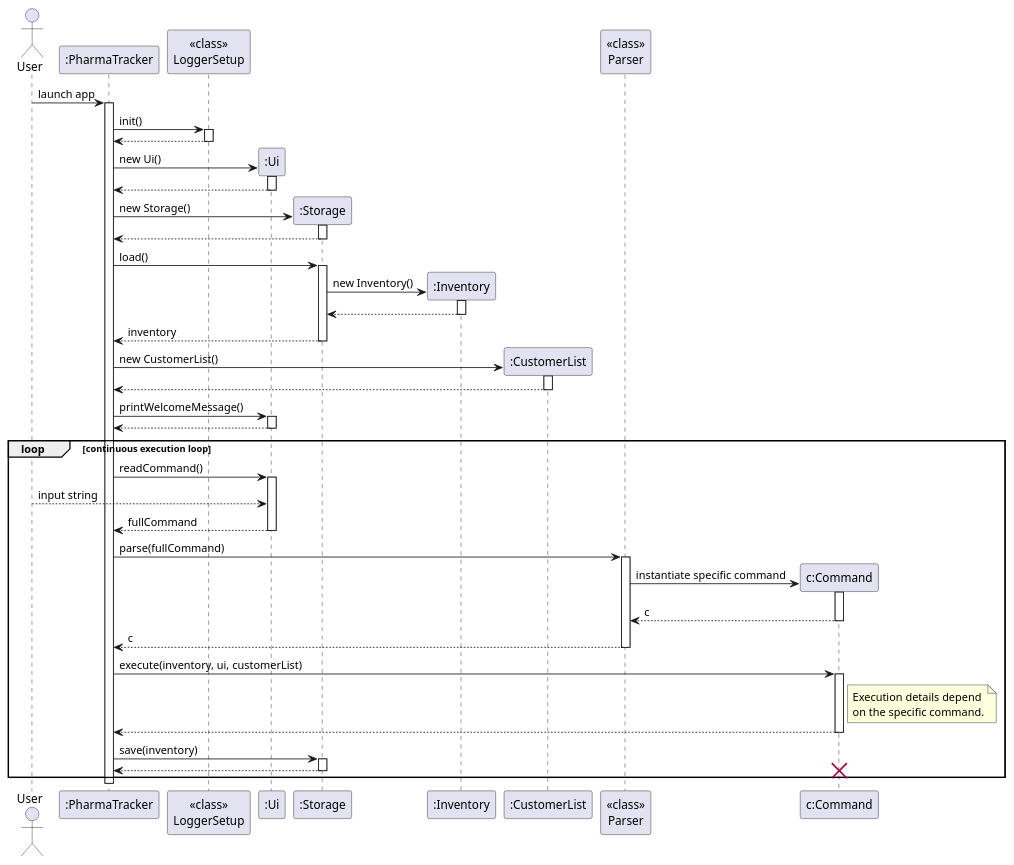
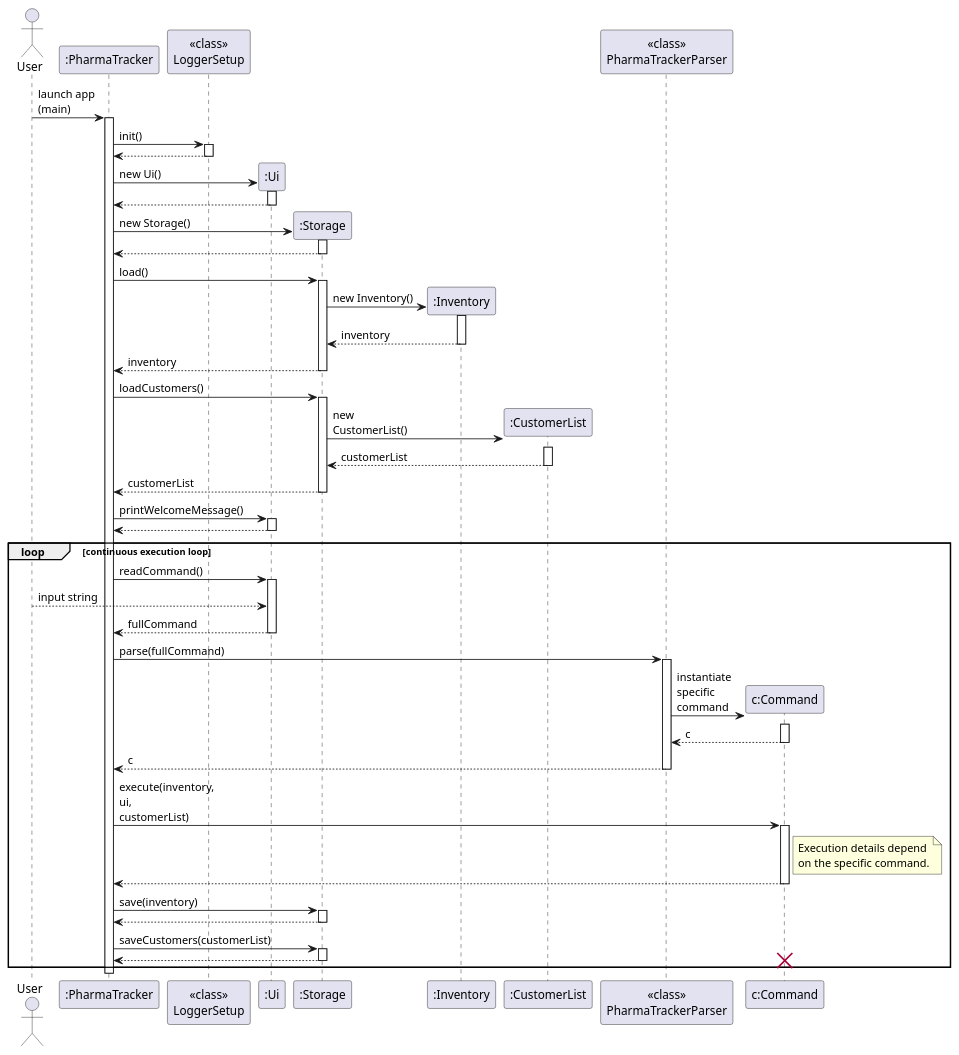
The diagram in docs/diagrams/ArchitectureSequence.puml (ShamitGupta/tp), drawn with PlantUML before and after one commit. The commit also changed 3 other files, not shown here.

```diff
--- a/docs/diagrams/ArchitectureSequence.puml
+++ b/docs/diagrams/ArchitectureSequence.puml
@@ -1,94 +1,104 @@
 @startuml
 skinparam ArrowFontStyle plain
+skinparam maxMessageSize 100
 
 actor User
 participant ":PharmaTracker" as PharmaTracker
 participant "<<class>>\nLoggerSetup" as LoggerSetup
 participant ":Ui" as Ui
 participant ":Storage" as Storage
 participant ":Inventory" as Inventory
 participant ":CustomerList" as CustomerList
-participant "<<class>>\nParser" as Parser
+participant "<<class>>\nPharmaTrackerParser" as PTP
 participant "c:Command" as Command
 
-User -> PharmaTracker : launch app
+User -> PharmaTracker : launch app (main)
 activate PharmaTracker
 
 PharmaTracker -> LoggerSetup : init()
 activate LoggerSetup
 LoggerSetup --> PharmaTracker
 deactivate LoggerSetup
 
 create Ui
 PharmaTracker -> Ui : new Ui()
 activate Ui
 Ui --> PharmaTracker
 deactivate Ui
 
 create Storage
 PharmaTracker -> Storage : new Storage()
 activate Storage
 Storage --> PharmaTracker
 deactivate Storage
 
 PharmaTracker -> Storage : load()
 activate Storage
 create Inventory
 Storage -> Inventory : new Inventory()
 activate Inventory
-Inventory --> Storage
+Inventory --> Storage : inventory
 deactivate Inventory
 Storage --> PharmaTracker : inventory
 deactivate Storage
 
+PharmaTracker -> Storage : loadCustomers()
+activate Storage
 create CustomerList
-PharmaTracker -> CustomerList : new CustomerList()
+Storage -> CustomerList : new CustomerList()
 activate CustomerList
-CustomerList --> PharmaTracker
+CustomerList --> Storage : customerList
 deactivate CustomerList
+Storage --> PharmaTracker : customerList
+deactivate Storage
 
 PharmaTracker -> Ui : printWelcomeMessage()
 activate Ui
 Ui --> PharmaTracker
 deactivate Ui
 
 loop continuous execution loop
     PharmaTracker -> Ui : readCommand()
     activate Ui
     User --> Ui : input string
     Ui --> PharmaTracker : fullCommand
     deactivate Ui
 
-    PharmaTracker -> Parser : parse(fullCommand)
-    activate Parser
+    PharmaTracker -> PTP : parse(fullCommand)
+    activate PTP
 
     create Command
-    Parser -> Command : instantiate specific command
+    PTP -> Command : instantiate specific command
     activate Command
-    Command --> Parser : c
+    Command --> PTP : c
     deactivate Command
 
-    Parser --> PharmaTracker : c
-    deactivate Parser
+    PTP --> PharmaTracker : c
+    deactivate PTP
 
     PharmaTracker -> Command : execute(inventory, ui, customerList)
     activate Command
 
     note right of Command
         Execution details depend
         on the specific command.
     end note
 
     Command --> PharmaTracker
     deactivate Command
 
     PharmaTracker -> Storage : save(inventory)
     activate Storage
     Storage --> PharmaTracker
     deactivate Storage
 
+    PharmaTracker -> Storage : saveCustomers(customerList)
+    activate Storage
+    Storage --> PharmaTracker
+    deactivate Storage
+
     destroy Command
 end
 
 deactivate PharmaTracker
 @enduml
```
